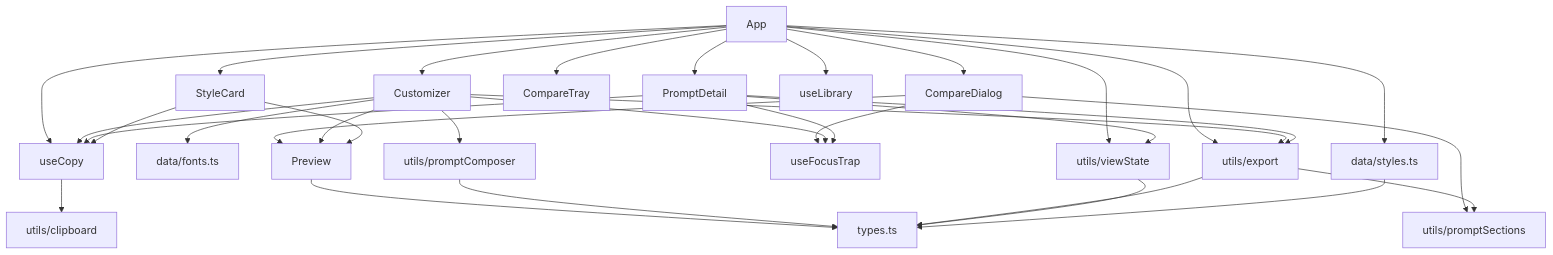
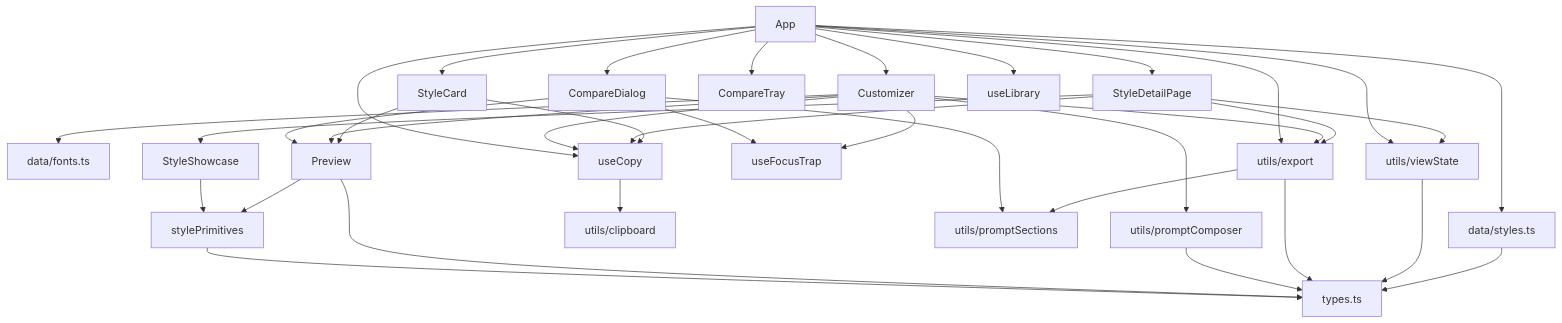
One commit to guhl0427/frontend-design changed the diagram in docs/code-wiki/05-依赖关系.md. Above: the diagram before and after it, drawn with Mermaid. The commit also changed other lines of this file and 8 other files, not shown here.

````diff
--- a/docs/code-wiki/05-依赖关系.md
+++ b/docs/code-wiki/05-依赖关系.md
@@ -66,54 +70,59 @@
 ```mermaid
 graph TD
   types[types.ts]
   dataS[data/styles.ts]
   dataF[data/fonts.ts]
+  prim[stylePrimitives]
   Preview
+  Showcase[StyleShowcase]
   StyleCard
-  PromptDetail
+  Detail[StyleDetailPage]
   Customizer
   CompareTray
   CompareDialog
   useCopy
   useFocusTrap
   useLibrary
   clipboard[utils/clipboard]
   viewState[utils/viewState]
   sections[utils/promptSections]
   exportU[utils/export]
   composer[utils/promptComposer]
   App
 
   dataS --> types
   viewState --> types
   exportU --> types
   exportU --> sections
   composer --> types
   Preview --> types
+  Preview --> prim
+  Showcase --> prim
+  prim --> types
   StyleCard --> Preview
   StyleCard --> useCopy
-  PromptDetail --> useCopy
-  PromptDetail --> useFocusTrap
-  PromptDetail --> exportU
-  PromptDetail --> viewState
+  Detail --> Showcase
+  Detail --> useCopy
+  Detail --> exportU
+  Detail --> viewState
   Customizer --> Preview
   Customizer --> useCopy
   Customizer --> useFocusTrap
   Customizer --> composer
   Customizer --> exportU
   Customizer --> dataF
   CompareDialog --> Preview
   CompareDialog --> useFocusTrap
   CompareDialog --> sections
   useCopy --> clipboard
   App --> dataS
   App --> StyleCard
-  App --> PromptDetail
+  App --> Detail
   App --> Customizer
   App --> CompareTray
   App --> CompareDialog
   App --> useCopy
   App --> useLibrary
   App --> exportU
   App --> viewState
 ```
````
